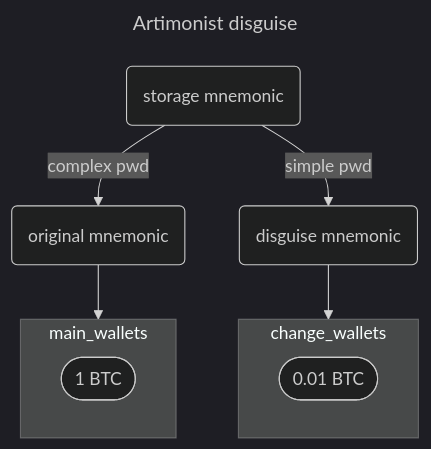
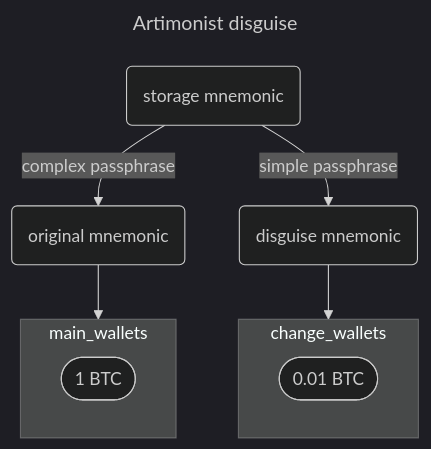
One commit to artimonist/bitguise changed the diagram in README.md. Above: the diagram before and after it, drawn with Mermaid (dark theme). The commit also changed other lines of this file, not shown here.

````diff
--- a/README.md
+++ b/README.md
@@ -4,22 +4,22 @@
 ```mermaid
 ---
 title: Artimonist disguise
 ---
 flowchart TD
     X(original mnemonic)
     Y(storage mnemonic)
     Z(disguise mnemonic)
 
-    Y -->|complex pwd| X
-    Y -->|simple pwd| Z
+    Y -->|complex passphrase| X
+    Y -->|simple passphrase| Z
     X --> main_wallets
     Z --> change_wallets
 
     subgraph main_wallets
       W1([1 BTC])
     end
 
     subgraph change_wallets
       W2([0.01 BTC])
     end
 ```
````
